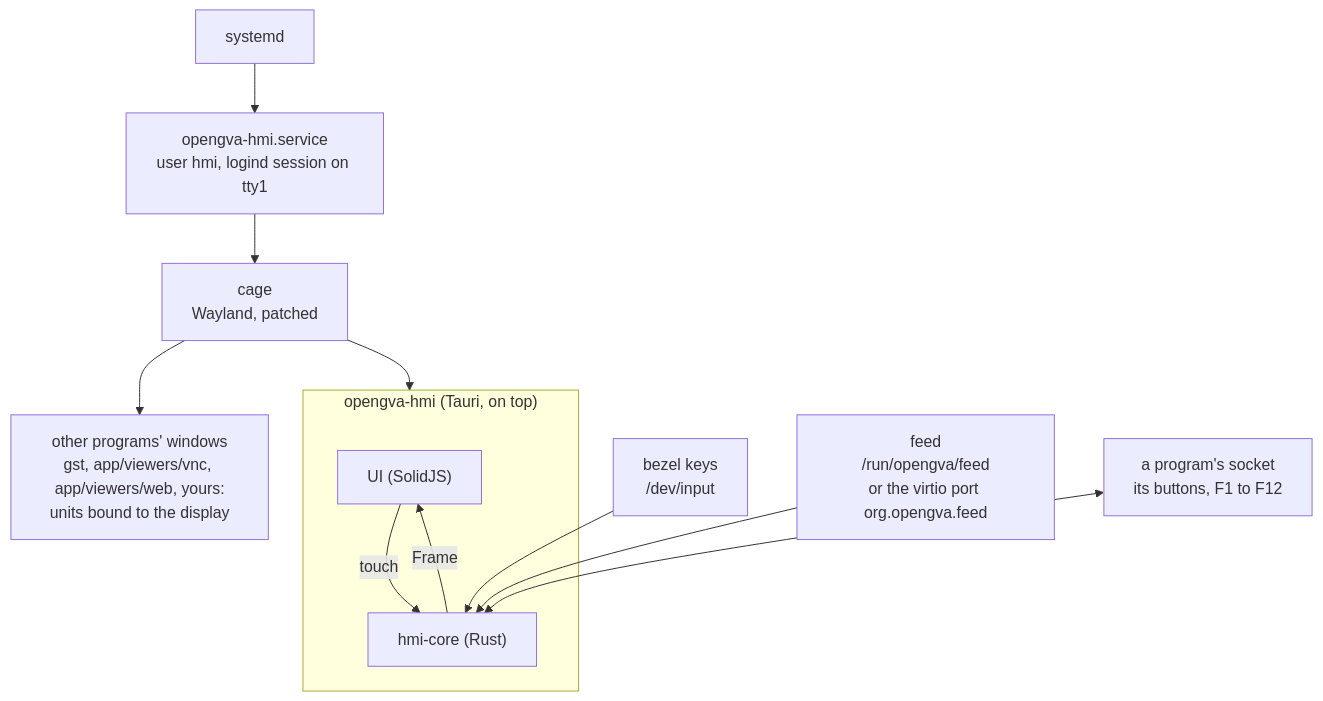
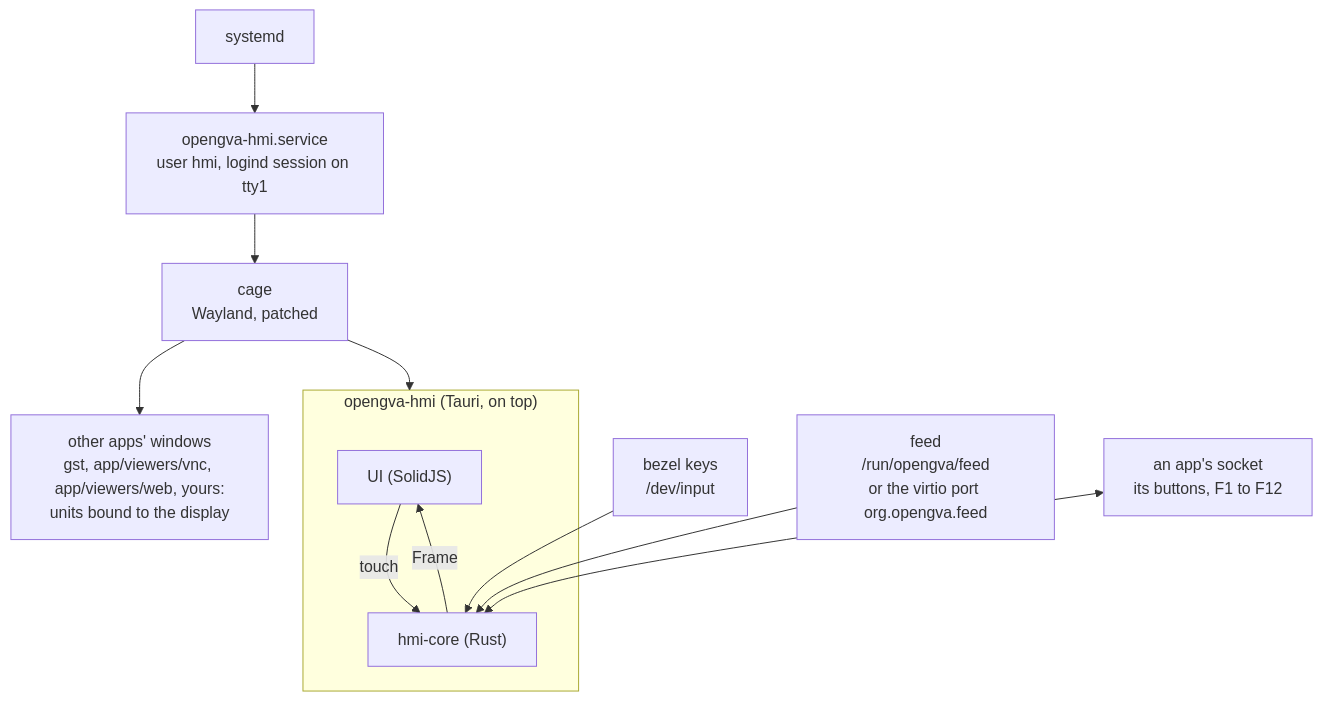
The diagram in README.md (ue-sys/OpenGVA), drawn with Mermaid before and after one commit. The commit also changed other lines of this file and 3 other files, not shown here.

Commit message:
Docs: program -> app, and a proofread

````diff
--- a/README.md
+++ b/README.md
@@ -92,14 +89,14 @@
 ```mermaid
 flowchart TD
     systemd --> svc["opengva-hmi.service<br>user hmi, logind session on tty1"]
     svc --> cage["cage<br>Wayland, patched"]
     subgraph hmi["opengva-hmi (Tauri, on top)"]
         ui["UI (SolidJS)"] -- touch --> core["hmi-core (Rust)"]
         core -- Frame --> ui
     end
     cage --> hmi
-    cage --> other["other programs' windows<br>gst, app/viewers/vnc, app/viewers/web, yours:<br>units bound to the display"]
+    cage --> other["other apps' windows<br>gst, app/viewers/vnc, app/viewers/web, yours:<br>units bound to the display"]
     keys["bezel keys<br>/dev/input"] --> core
     feed["feed<br>/run/opengva/feed<br>or the virtio port org.opengva.feed"] --> core
-    apps["a program's socket<br>its buttons, F1 to F12"] <--> core
+    apps["an app's socket<br>its buttons, F1 to F12"] <--> core
 ```
````
